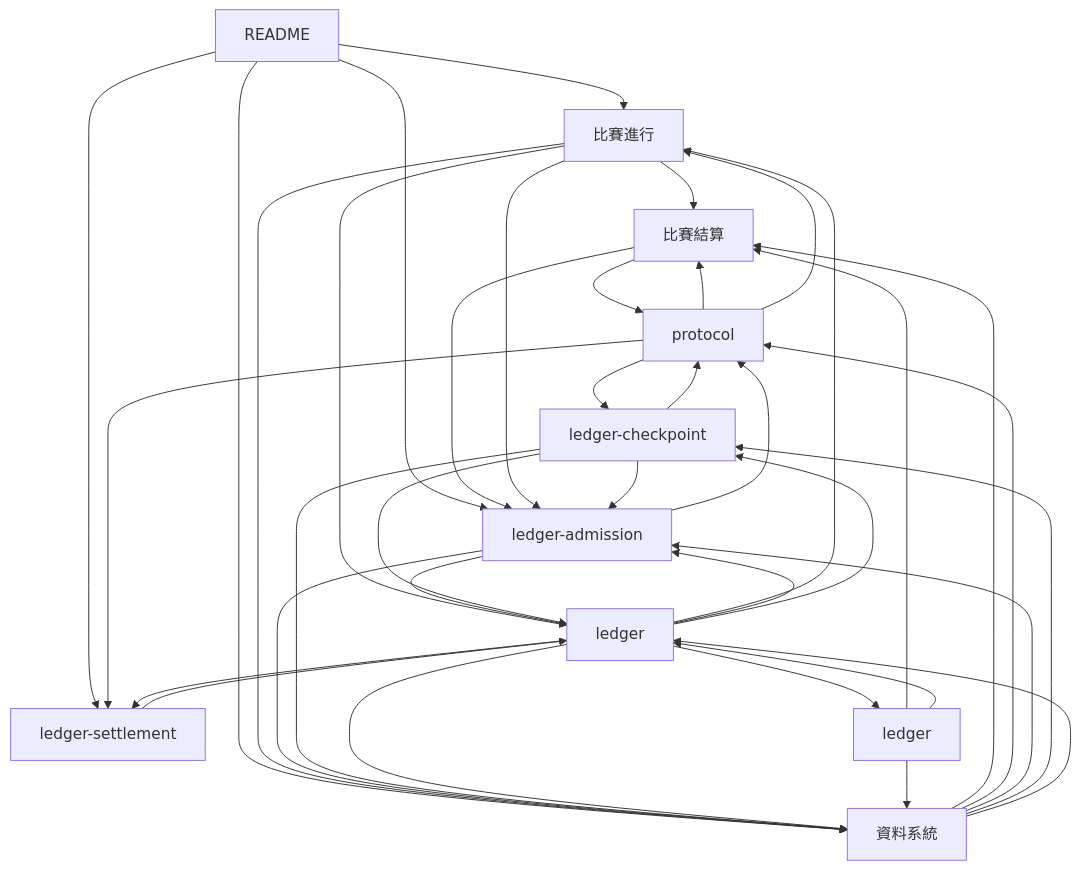
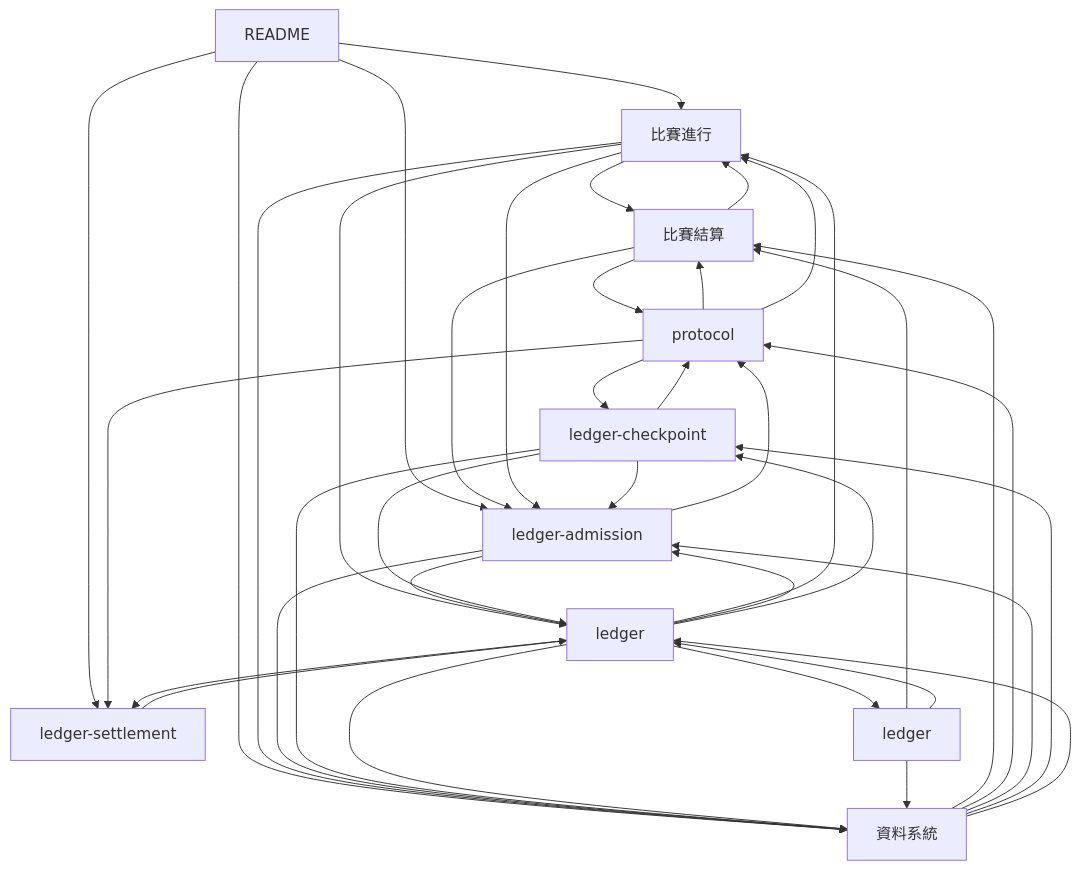
One commit to xjustloveux/open-4wd-specs changed the first of 17 diagrams in docs-map.md. Above: the diagram before and after it, drawn with Mermaid. The commit also changed other lines of this file and 185 other files, not shown here.

````diff
--- a/docs-map.md
+++ b/docs-map.md
@@ -49,49 +49,50 @@
 ```mermaid
 flowchart TB
   n0["README"]
   n1["比賽結算"]
   n2["比賽進行"]
   n3["protocol"]
   n4["ledger-admission"]
   n5["ledger-checkpoint"]
   n6["ledger-settlement"]
   n7["ledger"]
   n8["ledger"]
   n9["資料系統"]
   n0 --> n2
   n0 --> n4
   n0 --> n6
   n0 --> n9
+  n1 --> n2
   n1 --> n3
   n1 --> n4
   n2 --> n1
   n2 --> n4
   n2 --> n7
   n2 --> n9
   n3 --> n1
   n3 --> n2
   n3 --> n5
   n3 --> n6
   n4 --> n3
   n4 --> n7
   n4 --> n9
   n5 --> n3
   n5 --> n4
   n5 --> n7
   n5 --> n9
   n6 --> n7
   n7 --> n2
   n7 --> n4
   n7 --> n5
   n7 --> n6
   n7 --> n8
   n7 --> n9
   n8 --> n1
   n8 --> n7
   n8 --> n9
   n9 --> n1
   n9 --> n3
   n9 --> n4
   n9 --> n5
   n9 --> n7
 ```
````
